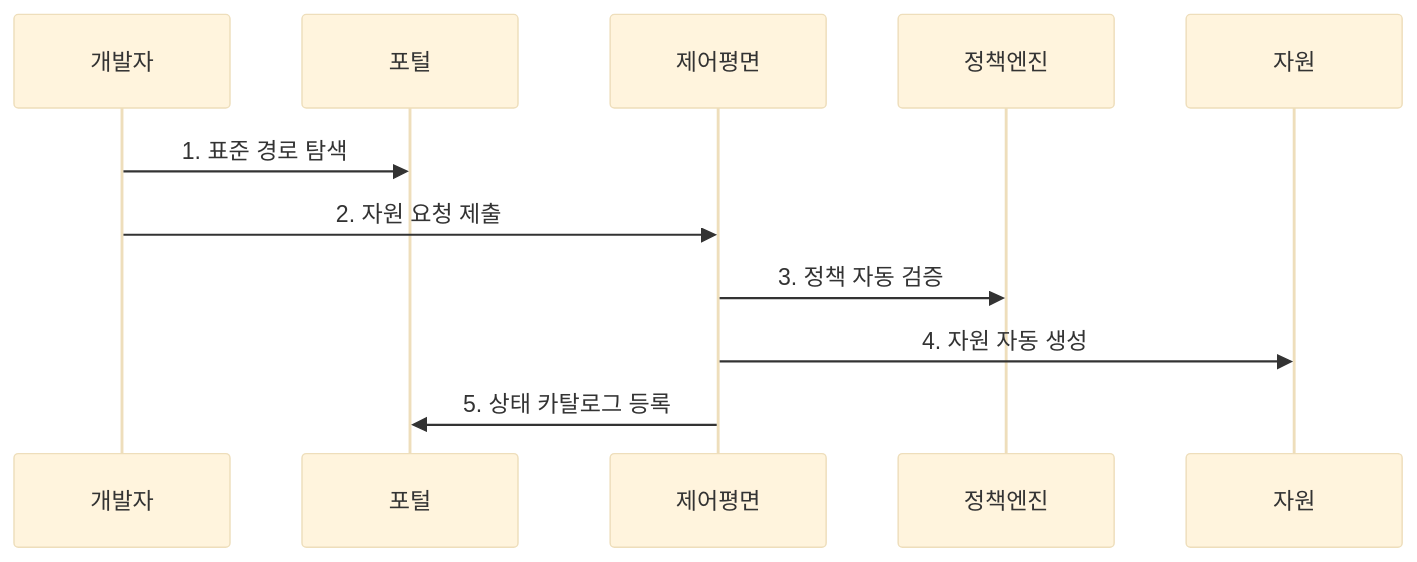
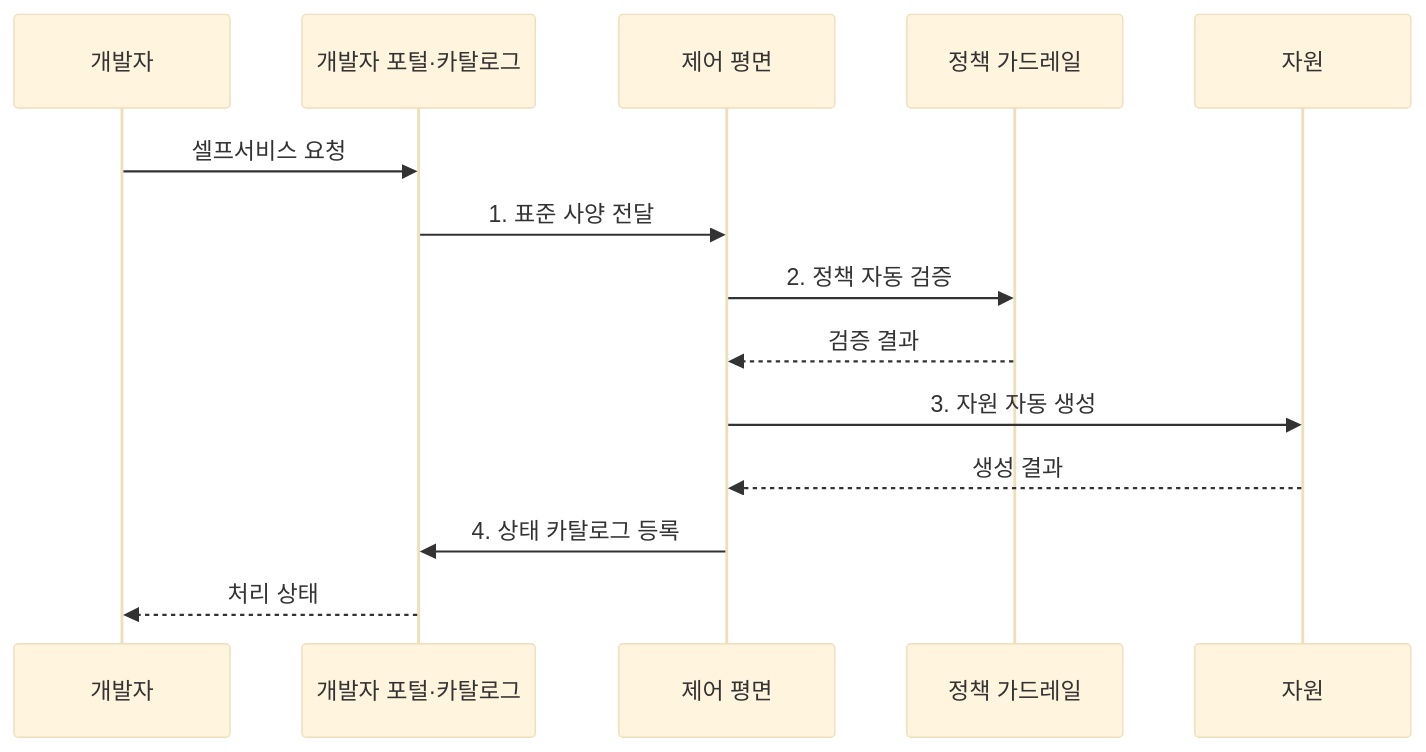
The second of 2 diagrams in src/content/docs/notes/03-software/216_platform_engineering_self_service.md (agnusdei1207/knowledge-base), drawn with Mermaid (base theme) before and after one commit. The commit also changed other lines of this file and 20 other files, not shown here.

````diff
--- a/src/content/docs/notes/03-software/216_platform_engineering_self_service.md
+++ b/src/content/docs/notes/03-software/216_platform_engineering_self_service.md
@@ -84,14 +87,17 @@
 ```mermaid
 sequenceDiagram
     participant 개발자
-    participant 포털
-    participant 제어평면
-    participant 정책엔진
+    participant P as 개발자 포털·카탈로그
+    participant C as 제어 평면
+    participant G as 정책 가드레일
     participant 자원
-    개발자->>포털: 1. 표준 경로 탐색
-    개발자->>제어평면: 2. 자원 요청 제출
-    제어평면->>정책엔진: 3. 정책 자동 검증
-    제어평면->>자원: 4. 자원 자동 생성
-    제어평면->>포털: 5. 상태 카탈로그 등록
+    개발자->>P: 셀프서비스 요청
+    P->>C: 1. 표준 사양 전달
+    C->>G: 2. 정책 자동 검증
+    G-->>C: 검증 결과
+    C->>자원: 3. 자원 자동 생성
+    자원-->>C: 생성 결과
+    C->>P: 4. 상태 카탈로그 등록
+    P-->>개발자: 처리 상태
 
 ```
````
